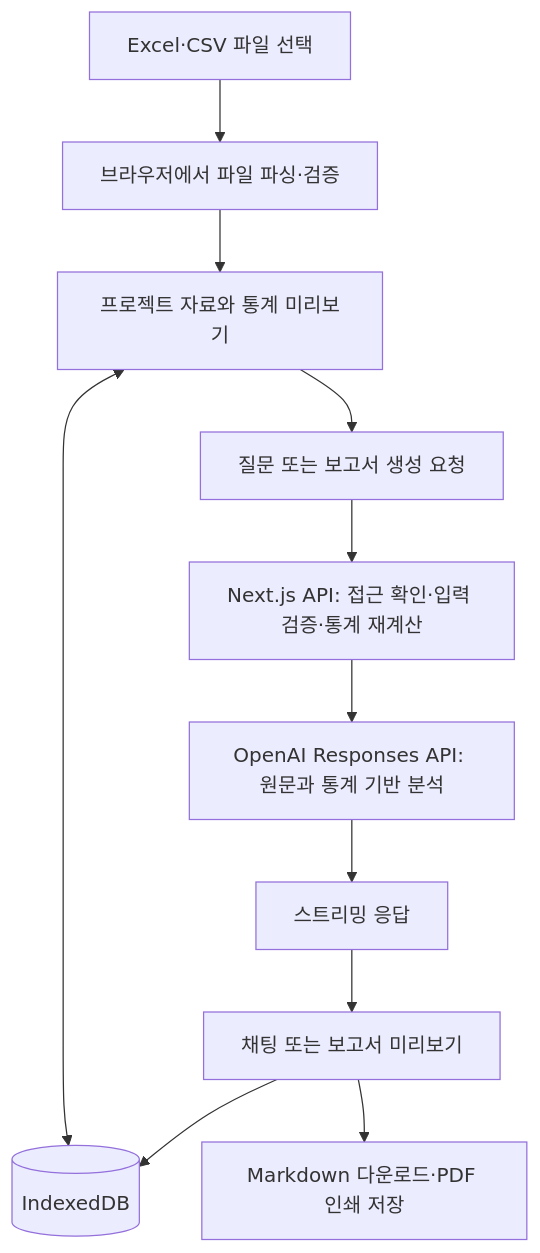
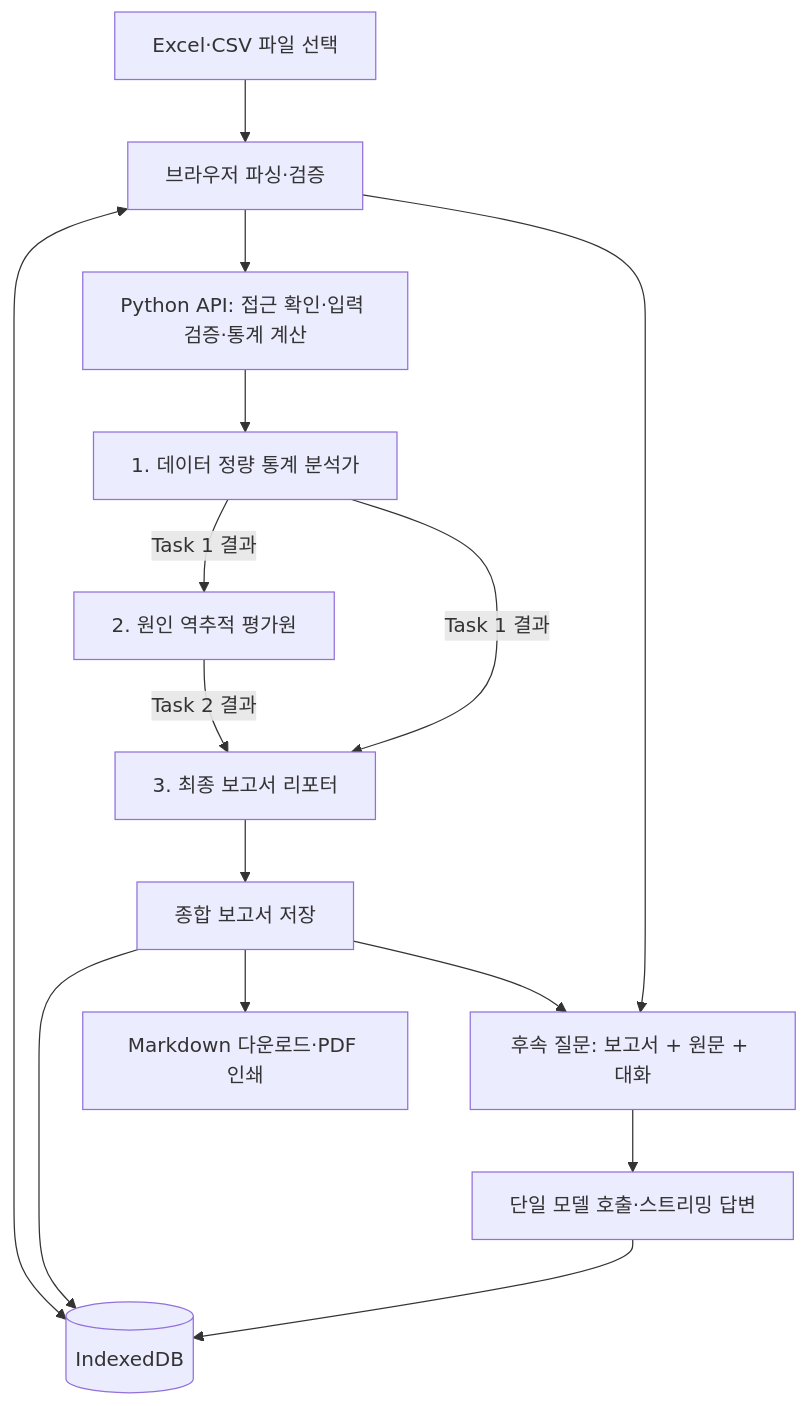
The second of 2 diagrams in README.md (Lineon24/ReviQ), drawn with Mermaid before and after one commit. The commit also changed other lines of this file and 44 other files, not shown here.

````diff
--- a/README.md
+++ b/README.md
@@ -96,13 +138,17 @@
 ```mermaid
 flowchart TD
-    A[Excel·CSV 파일 선택] --> B[브라우저에서 파일 파싱·검증]
-    B --> C[프로젝트 자료와 통계 미리보기]
-    C <--> D[(IndexedDB)]
-    C --> E[질문 또는 보고서 생성 요청]
-    E --> F[Next.js API: 접근 확인·입력 검증·통계 재계산]
-    F --> G[OpenAI Responses API: 원문과 통계 기반 분석]
-    G --> H[스트리밍 응답]
-    H --> I[채팅 또는 보고서 미리보기]
-    I --> D
-    I --> J[Markdown 다운로드·PDF 인쇄 저장]
+    A[Excel·CSV 파일 선택] --> B[브라우저 파싱·검증]
+    B <--> C[(IndexedDB)]
+    B --> D[Python API: 접근 확인·입력 검증·통계 계산]
+    D --> E[1. 데이터 정량 통계 분석가]
+    E -->|Task 1 결과| F[2. 원인 역추적 평가원]
+    E -->|Task 1 결과| G[3. 최종 보고서 리포터]
+    F -->|Task 2 결과| G
+    G --> H[종합 보고서 저장]
+    H --> C
+    H --> I[Markdown 다운로드·PDF 인쇄]
+    H --> J[후속 질문: 보고서 + 원문 + 대화]
+    B --> J
+    J --> K[단일 모델 호출·스트리밍 답변]
+    K --> C
 ```
````
